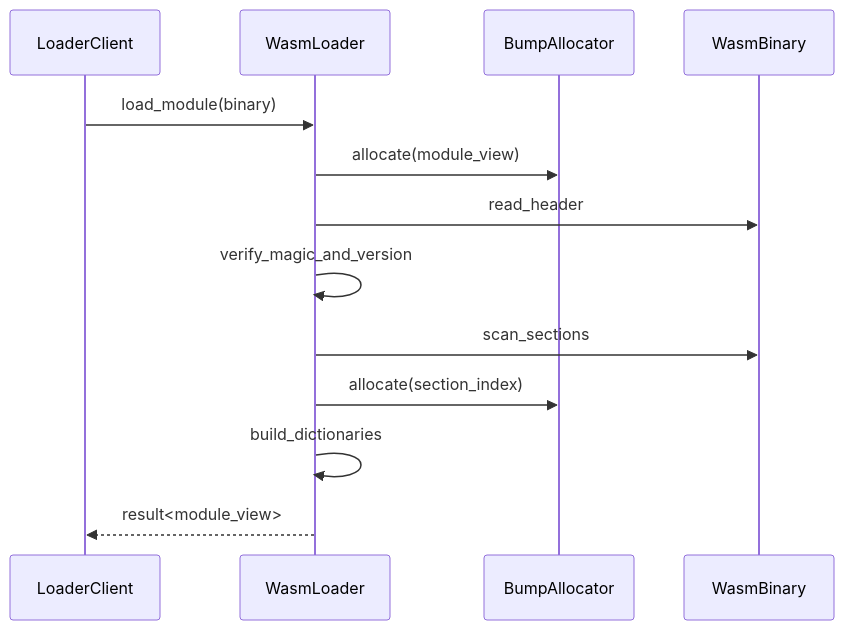
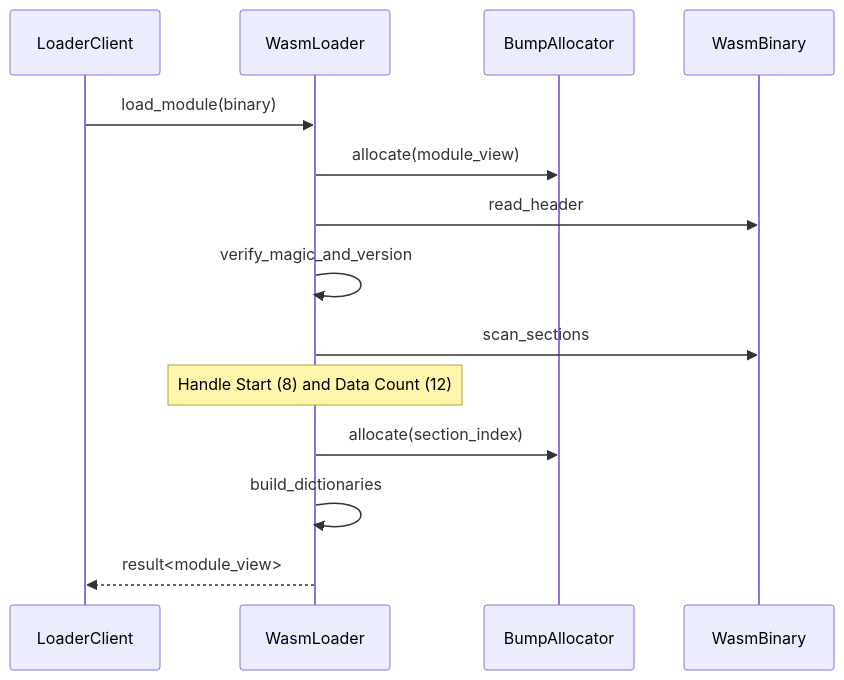
The third of 3 diagrams in docs/orders/components/loader.md (kmt-t/fireball), drawn with Mermaid before and after one commit. The commit also changed other lines of this file and 19 other files, not shown here.

````diff
--- a/docs/orders/components/loader.md
+++ b/docs/orders/components/loader.md
@@ -98,16 +106,17 @@
 ```mermaid
 sequenceDiagram
     participant Client as LoaderClient
     participant Loader as WasmLoader
     participant Alloc as BumpAllocator
     participant ROM as WasmBinary
     
     Client->>Loader: load_module(binary)
     Loader->>Alloc: allocate(module_view)
     Loader->>ROM: read_header
     Loader->>Loader: verify_magic_and_version
     Loader->>ROM: scan_sections
+    Note over Loader: Handle Start (8) and Data Count (12)
     Loader->>Alloc: allocate(section_index)
     Loader->>Loader: build_dictionaries
     Loader-->>Client: result<module_view>
 ```
````
